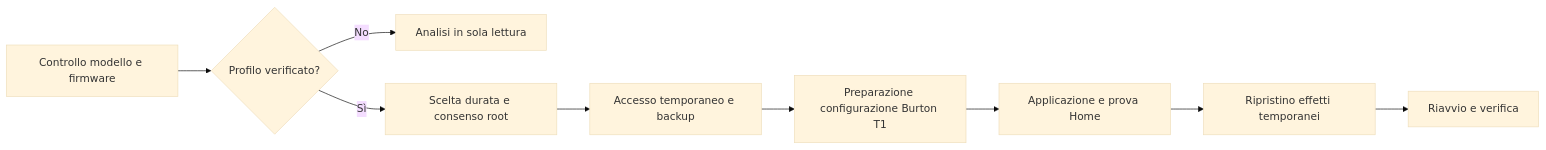
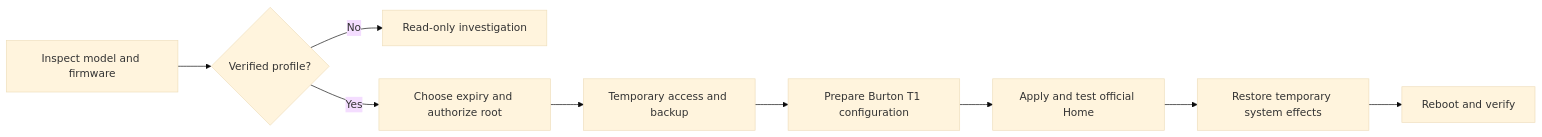
The diagram in README.md (vage88sg1/firetv-burton-activation), drawn with Mermaid (base theme) before and after one commit. The commit also changed other lines of this file and 3 other files, not shown here.

````diff
--- a/README.md
+++ b/README.md
@@ -133,11 +135,11 @@
 ```mermaid
 flowchart LR
-    A[Controllo modello e firmware] --> B{Profilo verificato?}
-    B -- No --> C[Analisi in sola lettura]
-    B -- Sì --> D[Scelta durata e consenso root]
-    D --> E[Accesso temporaneo e backup]
-    E --> F[Preparazione configurazione Burton T1]
-    F --> G[Applicazione e prova Home]
-    G --> H[Ripristino effetti temporanei]
-    H --> I[Riavvio e verifica]
+    A[Inspect model and firmware] --> B{Verified profile?}
+    B -- No --> C[Read-only investigation]
+    B -- Yes --> D[Choose expiry and authorize root]
+    D --> E[Temporary access and backup]
+    E --> F[Prepare Burton T1 configuration]
+    F --> G[Apply and test official Home]
+    G --> H[Restore temporary system effects]
+    H --> I[Reboot and verify]
 ```
````
